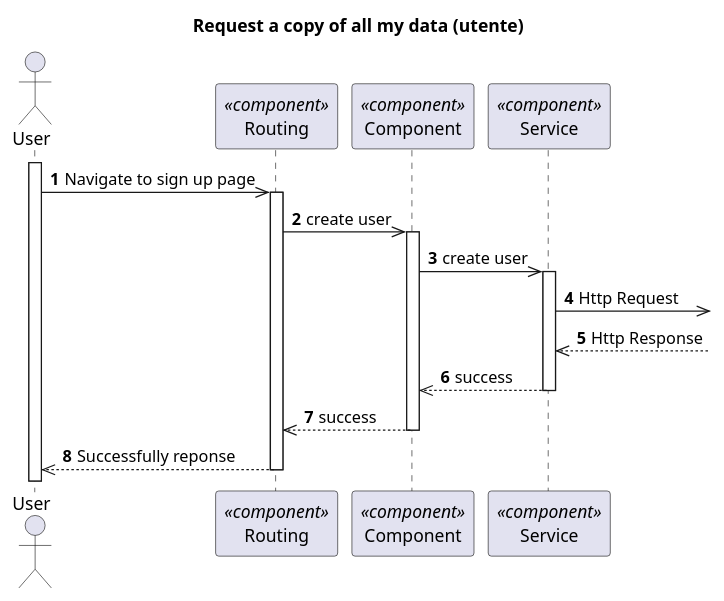
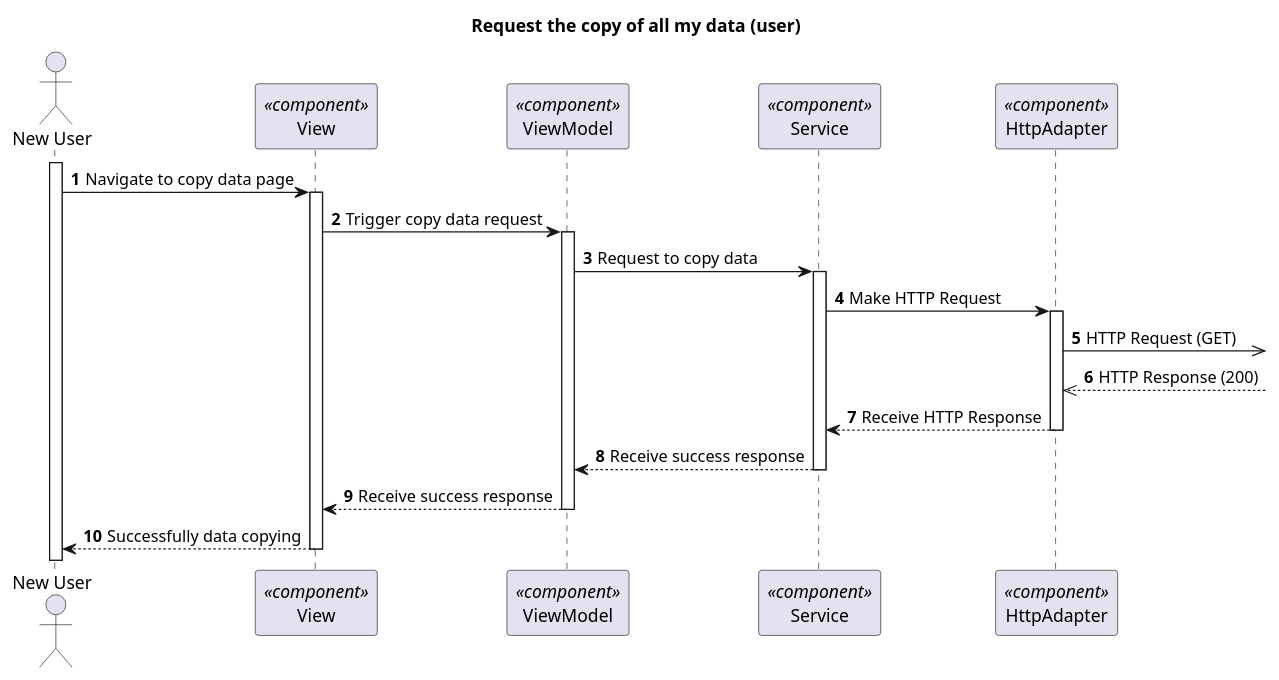
Before and after one commit to 1210910/lapr5: the diagram in docs/VistaProcesso/US110/Visualization/ProcessView_Level3_US110.puml, drawn with PlantUML. The commit also changed 6 other files, not shown here.

```diff
--- a/docs/VistaProcesso/US110/Visualization/ProcessView_Level3_US110.puml
+++ b/docs/VistaProcesso/US110/Visualization/ProcessView_Level3_US110.puml
@@ -1,34 +1,33 @@
 @startuml Process View - Level 3
 
 autonumber
 skinparam packageStyle rect
 
-title Request a copy of all my data (utente)
+title Request the copy of all my data (user)
 
-actor "User" as NU
-participant "Routing" as routing <<component>>
-participant "Component" as comp <<component>>
+actor "New User" as NU
+participant "View" as view <<component>>
+participant "ViewModel" as viewModel <<component>>
 participant "Service" as service <<component>>
+participant "HttpAdapter" as httpAdapter <<component>>
 
 activate NU
-NU->> routing : Navigate to sign up page
-activate routing
-routing ->> comp : create user
-
-activate comp
-comp ->> service : create user
-
+NU-> view : Navigate to copy data page
+activate view
+view -> viewModel : Trigger copy data request
+activate viewModel
+viewModel -> service : Request to copy data
 activate service
-service ->> : Http Request
-service <<-- : Http Response
-
-service -->> comp : success
+service -> httpAdapter : Make HTTP Request
+activate httpAdapter
+httpAdapter ->> : HTTP Request (GET)
+httpAdapter <<-- : HTTP Response (200)
+httpAdapter --> service : Receive HTTP Response
+deactivate httpAdapter
+service --> viewModel : Receive success response
 deactivate service
-
-comp -->> routing : success
-deactivate comp
-
-NU<<-- routing : Successfully reponse
-deactivate routing
-
+viewModel --> view : Receive success response
+deactivate viewModel
+view --> NU : Successfully data copying
+deactivate view
 @enduml
```
